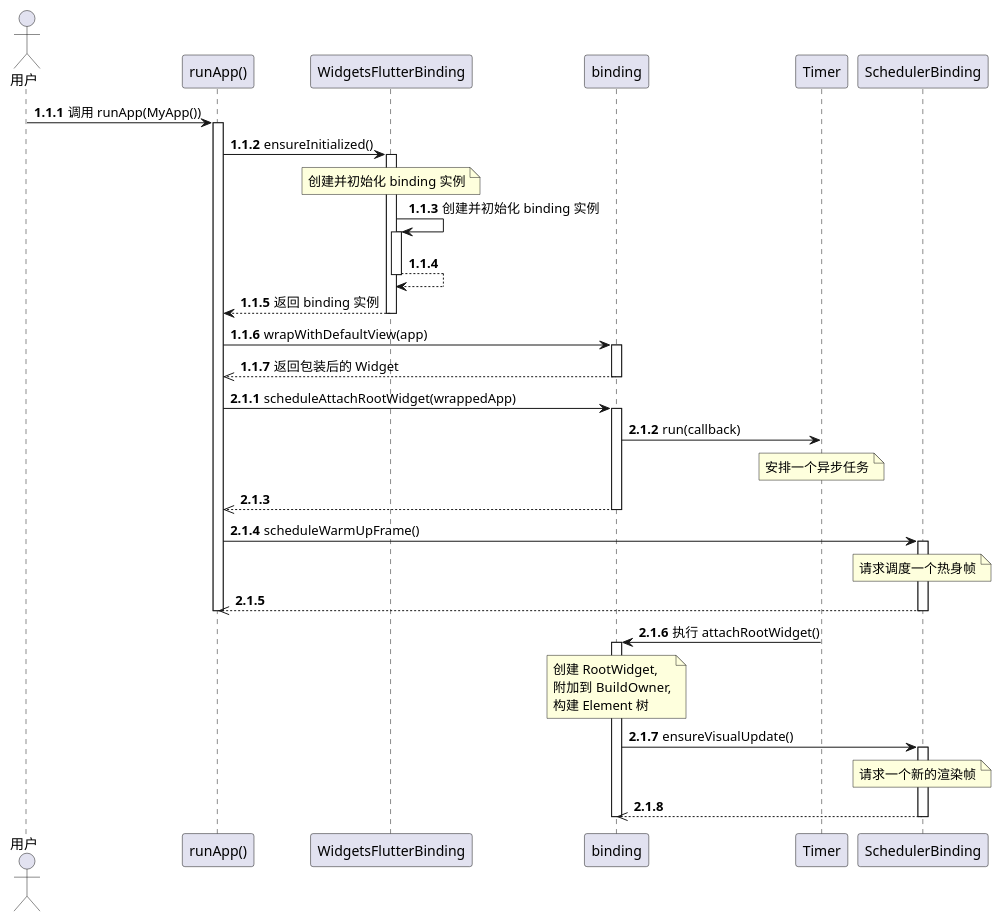
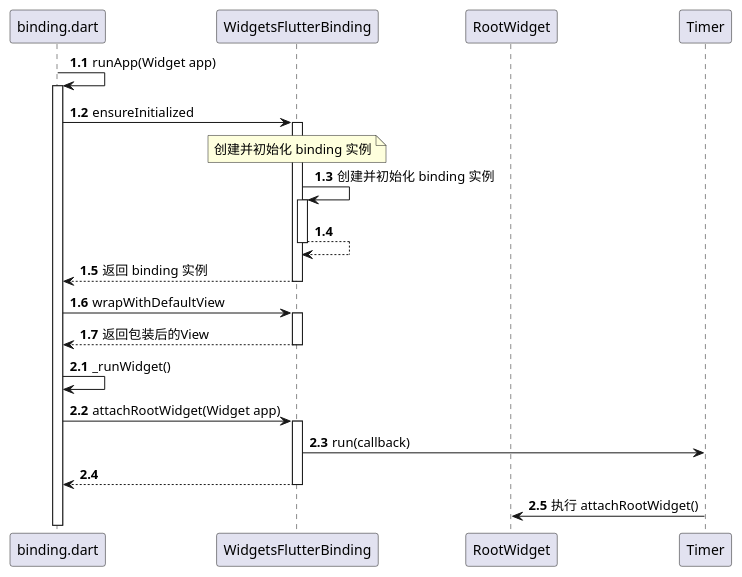
Before and after one commit to Zivwu/uml: the diagram in flutter/run_app_sequence.puml, drawn with PlantUML. The commit also changed 1 other file, not shown here.

Commit message:
[flutter] temporary

```diff
--- a/flutter/run_app_sequence.puml
+++ b/flutter/run_app_sequence.puml
@@ -1,47 +1,29 @@
 @startuml
-autonumber 1.1.1
-actor "用户" as User
-participant "runApp()" as runApp
-participant "WidgetsFlutterBinding" as WidgetsFlutterBinding
-participant "binding" as binding
-participant "Timer" as Timer
-participant "SchedulerBinding" as scheduler
 
-User -> runApp ++: 调用 runApp(MyApp())
 
-runApp -> WidgetsFlutterBinding ++: ensureInitialized()
+participant binding.dart as main
+participant WidgetsFlutterBinding
+participant RootWidget
+
+autonumber 1.1
+main -> main ++ : runApp(Widget app)
+main -> WidgetsFlutterBinding ++ : ensureInitialized
+
 note over WidgetsFlutterBinding : 创建并初始化 binding 实例
 WidgetsFlutterBinding -> WidgetsFlutterBinding ++: 创建并初始化 binding 实例
 return
 return 返回 binding 实例
 
-runApp -> binding : wrapWithDefaultView(app)
-activate binding
-binding -->> runApp : 返回包装后的 Widget
-deactivate binding
-autonumber 2.1.1
-runApp -> binding : scheduleAttachRootWidget(wrappedApp)
-activate binding
-binding -> Timer : run(callback)
-note over Timer : 安排一个异步任务
-binding -->> runApp : 
-deactivate binding
 
-runApp -> scheduler : scheduleWarmUpFrame()
-activate scheduler
-note over scheduler : 请求调度一个热身帧
-scheduler -->> runApp : 
-deactivate scheduler
-deactivate runApp
+main -> WidgetsFlutterBinding ++ : wrapWithDefaultView
+return 返回包装后的View
 
-Timer -> binding : 执行 attachRootWidget()
-activate binding
-note over binding : 创建 RootWidget,\n附加到 BuildOwner,\n构建 Element 树
-binding -> scheduler : ensureVisualUpdate()
-activate scheduler
-note over scheduler : 请求一个新的渲染帧
-scheduler -->> binding : 
-deactivate scheduler
-deactivate binding
+autonumber 2.1
+main -> main :_runWidget()
+main -> WidgetsFlutterBinding ++ : attachRootWidget(Widget app)
+WidgetsFlutterBinding -> Timer : run(callback)
+return
+Timer -> RootWidget : 执行 attachRootWidget()
+
 
 @enduml
```
